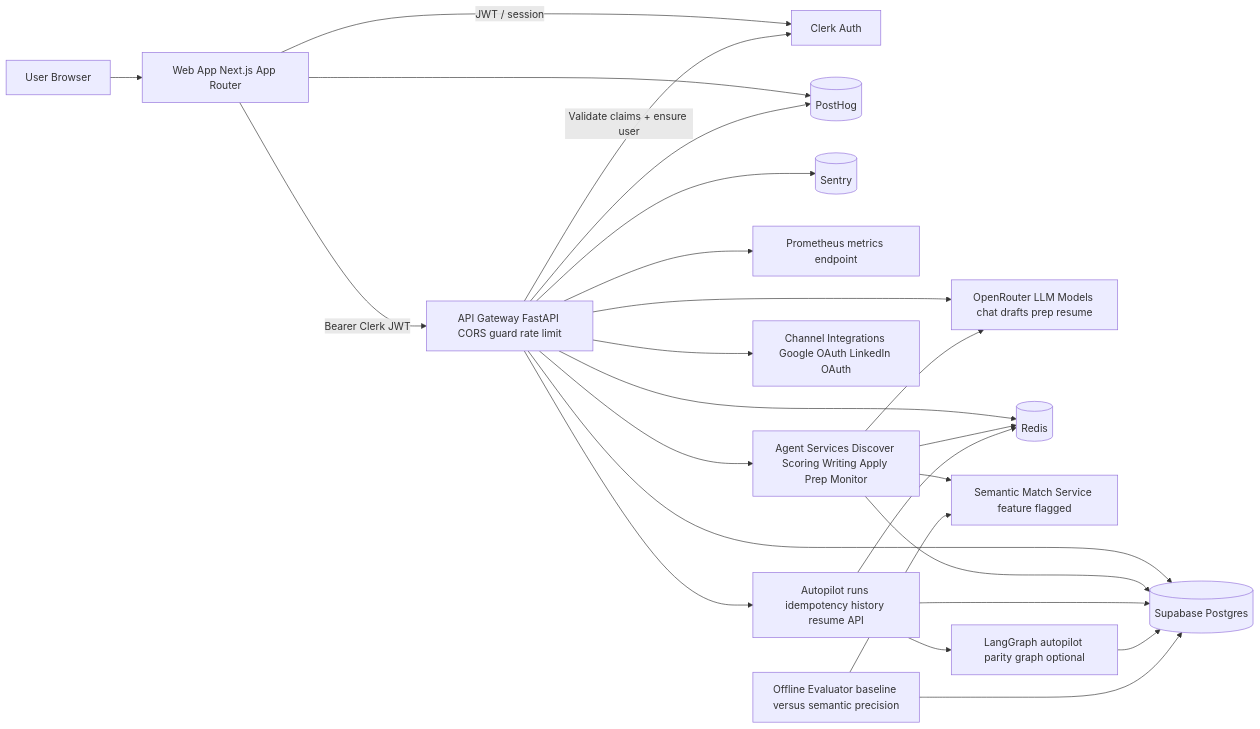
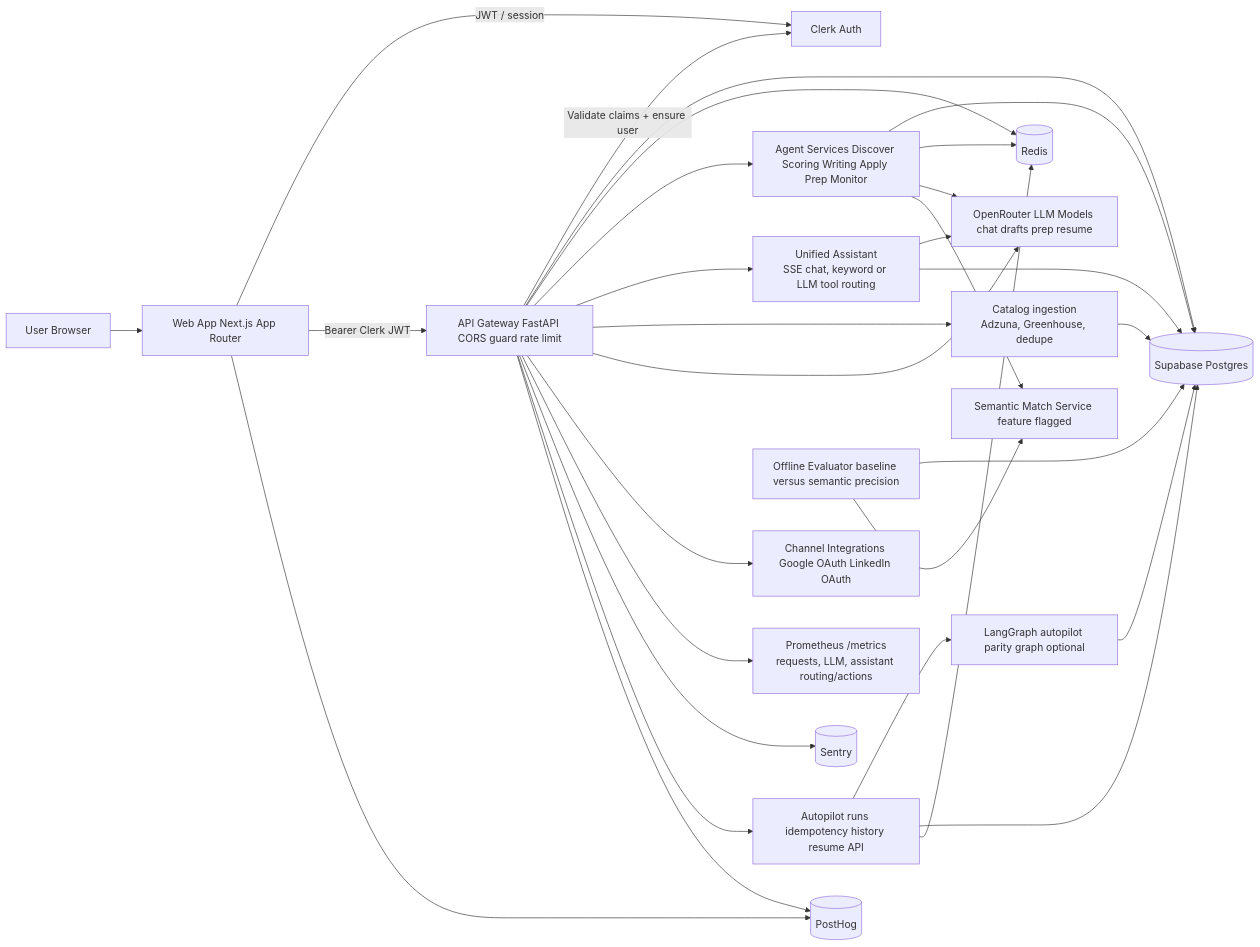
The first of 2 diagrams in README.md (frank-asket/doubow), drawn with Mermaid before and after one commit. The commit also changed other lines of this file and 1 other file, not shown here.

First line of the commit message:
Update README and architecture documentation to reflect Unified Assistant and job catalog ingestion enhancements

````diff
--- a/README.md
+++ b/README.md
@@ -22,44 +24,51 @@
 ```mermaid
 flowchart LR
   U[User Browser]
   FE[Web App Next.js App Router]
   CL[Clerk Auth]
   API[API Gateway FastAPI CORS guard rate limit]
   LLM[OpenRouter LLM Models chat drafts prep resume]
   DB[(Supabase Postgres)]
   RD[(Redis)]
   PH[(PostHog)]
   SENTRY[(Sentry)]
-  METRICS[Prometheus metrics endpoint]
+  METRICS["Prometheus /metrics<br/>requests, LLM, assistant routing/actions"]
   AG[Agent Services Discover Scoring Writing Apply Prep Monitor]
+  ASST["Unified Assistant<br/>SSE chat, keyword or LLM tool routing"]
+  INGEST["Catalog ingestion<br/>Adzuna, Greenhouse, dedupe"]
   OAUTH[Channel Integrations Google OAuth LinkedIn OAuth]
   SEM[Semantic Match Service feature flagged]
   EVAL[Offline Evaluator baseline versus semantic precision]
   LG[LangGraph autopilot parity graph optional]
   AUTO[Autopilot runs idempotency history resume API]
 
   U --> FE
   FE -->|JWT / session| CL
   FE -->|Bearer Clerk JWT| API
   API -->|Validate claims + ensure user| CL
   API --> DB
   API --> RD
   API --> AG
+  API --> ASST
+  API --> INGEST
   API --> LLM
   API --> OAUTH
   API --> METRICS
   API --> SENTRY
   API --> AUTO
   AUTO --> LG
   AG --> DB
   AG --> RD
   AG --> LLM
   AG --> SEM
+  ASST --> LLM
+  ASST --> DB
+  INGEST --> DB
   AUTO --> DB
   AUTO --> RD
   LG --> DB
   EVAL --> DB
   EVAL --> SEM
   FE --> PH
   API --> PH
 ```
````
